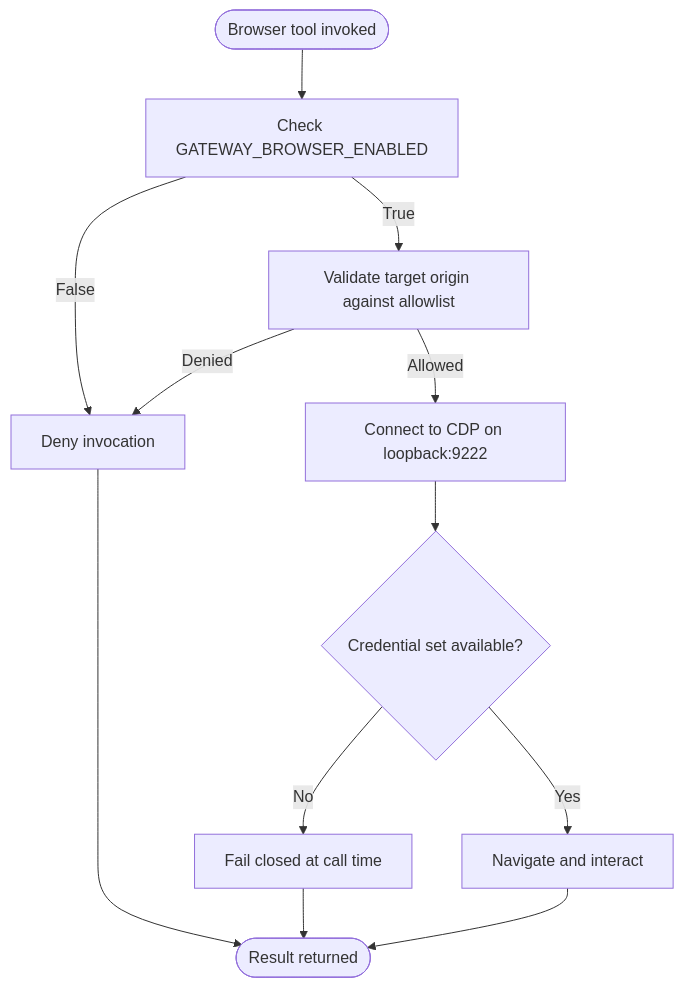
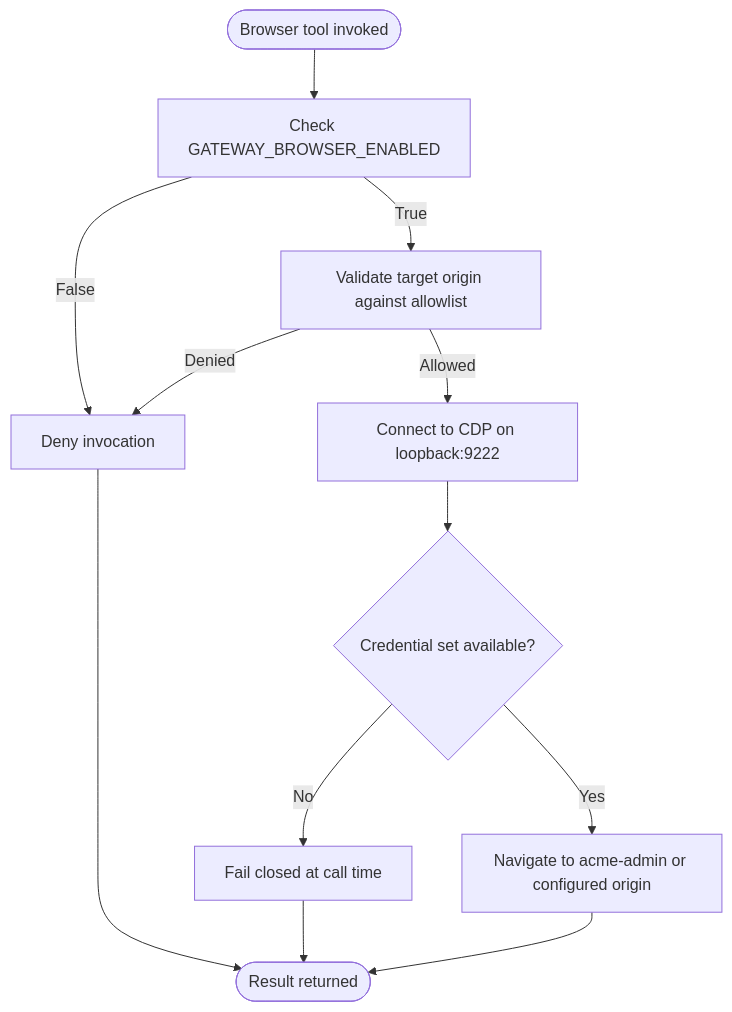
One commit to metasync/luban-aiops changed the third of 6 diagrams in .qoder/repowiki/en/content/Deployment and Operations/Kubernetes Deployment/Runtime Profiles.md. Above: the diagram before and after it, drawn with Mermaid. The commit also changed other lines of this file and 102 other files, not shown here.

````diff
--- a/.qoder/repowiki/en/content/Deployment and Operations/Kubernetes Deployment/Runtime Profiles.md
+++ b/.qoder/repowiki/en/content/Deployment and Operations/Kubernetes Deployment/Runtime Profiles.md
@@ -171,14 +183,14 @@
 ```mermaid
 flowchart TD
 Start(["Browser tool invoked"]) --> CheckEnv["Check GATEWAY_BROWSER_ENABLED"]
 CheckEnv --> |False| Deny["Deny invocation"]
 CheckEnv --> |True| CheckOrigin["Validate target origin against allowlist"]
 CheckOrigin --> |Denied| Deny
 CheckOrigin --> |Allowed| ConnectCDP["Connect to CDP on loopback:9222"]
 ConnectCDP --> Credentials{"Credential set available?"}
 Credentials --> |No| FailClosed["Fail closed at call time"]
-Credentials --> |Yes| Navigate["Navigate and interact"]
+Credentials --> |Yes| Navigate["Navigate to acme-admin or configured origin"]
 Navigate --> End(["Result returned"])
 Deny --> End
 FailClosed --> End
 ```
````
